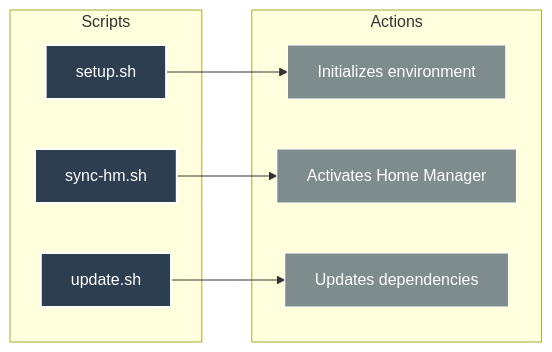
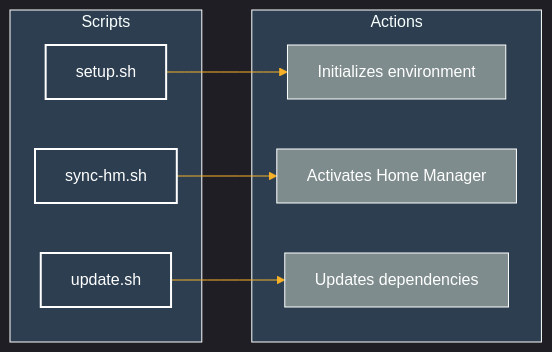
Before and after one commit to Ricoledan/digimon-knowledge-graph: the first of 5 diagrams in CLAUDE.md, drawn with Mermaid. The commit also changed other lines of this file, not shown here.

Commit message:
add diagrams

````diff
--- a/CLAUDE.md
+++ b/CLAUDE.md
@@ -114,25 +114,25 @@
 ```mermaid
+%%{init: {'theme':'dark', 'themeVariables': { 'primaryColor':'#1a1a1a', 'primaryTextColor':'#fff', 'primaryBorderColor':'#7C0000', 'lineColor':'#F8B229', 'secondaryColor':'#006100', 'tertiaryColor':'#2c3e50', 'background':'#1a1a1a', 'mainBkg':'#1a1a1a', 'secondBkg':'#2c3e50', 'tertiaryBkg':'#34495e', 'primaryBorderColor':'#fff', 'secondaryBorderColor':'#fff', 'tertiaryBorderColor':'#fff', 'clusterBkg':'#2c3e50', 'clusterBorder':'#fff', 'fontFamily':'monospace'}}}%%
 graph LR
-    subgraph "Scripts"
+    subgraph SC["Scripts"]
         A[setup.sh]
         B[sync-hm.sh]
         C[update.sh]
     end
     
-    subgraph "Actions"
+    subgraph AC["Actions"]
         D[Initializes environment]
         E[Activates Home Manager]
         F[Updates dependencies]
     end
     
     A --> D
     B --> E
     C --> F
     
-    style A fill:#2c3e50,stroke:#fff,stroke-width:2px,color:#fff
-    style B fill:#2c3e50,stroke:#fff,stroke-width:2px,color:#fff
-    style C fill:#2c3e50,stroke:#fff,stroke-width:2px,color:#fff
-    style D fill:#7f8c8d,stroke:#fff,stroke-width:1px,color:#fff
-    style E fill:#7f8c8d,stroke:#fff,stroke-width:1px,color:#fff
-    style F fill:#7f8c8d,stroke:#fff,stroke-width:1px,color:#fff
+    classDef script fill:#2c3e50,stroke:#fff,stroke-width:2px,color:#fff
+    classDef action fill:#7f8c8d,stroke:#fff,stroke-width:1px,color:#fff
+    
+    class A,B,C script
+    class D,E,F action
 ```
````
